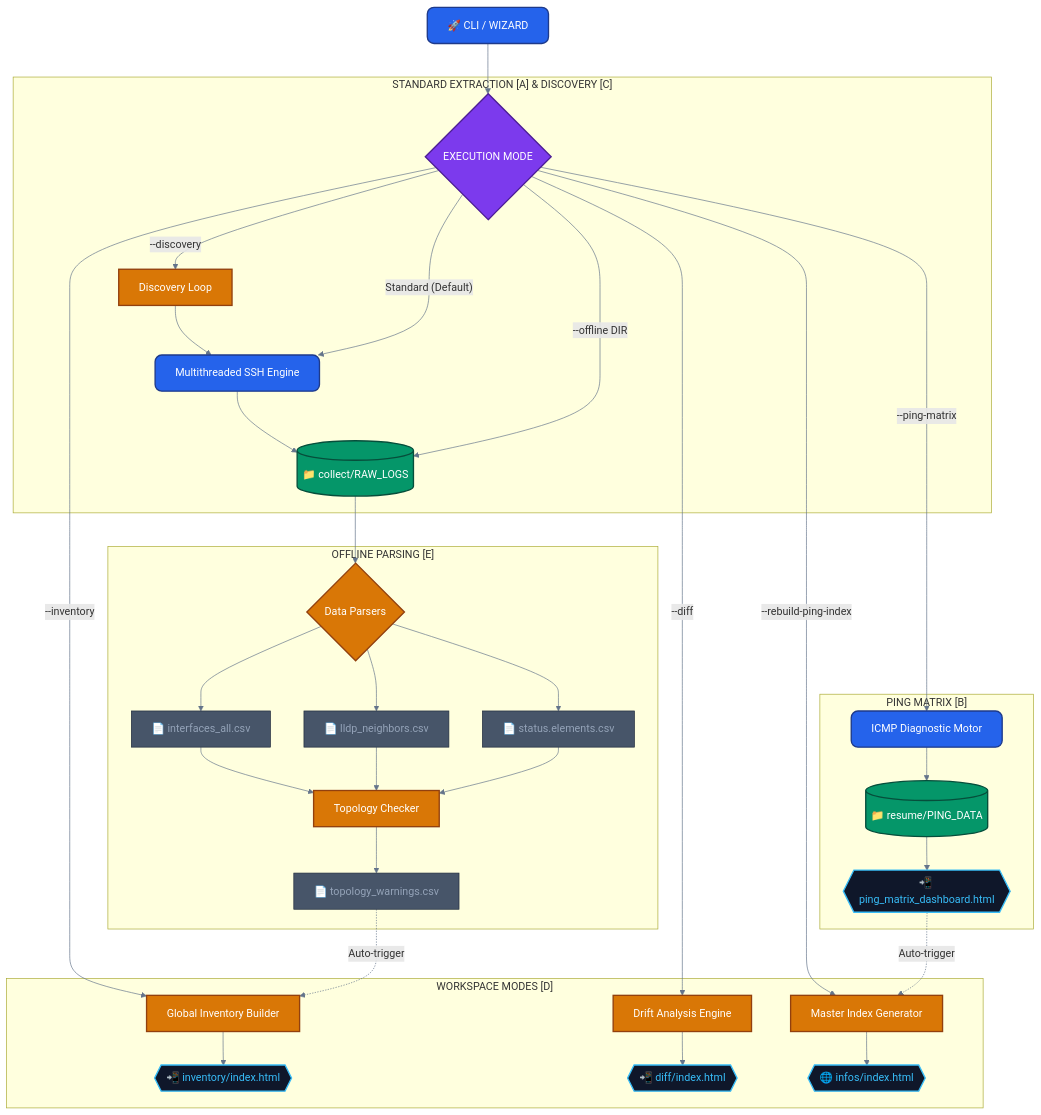
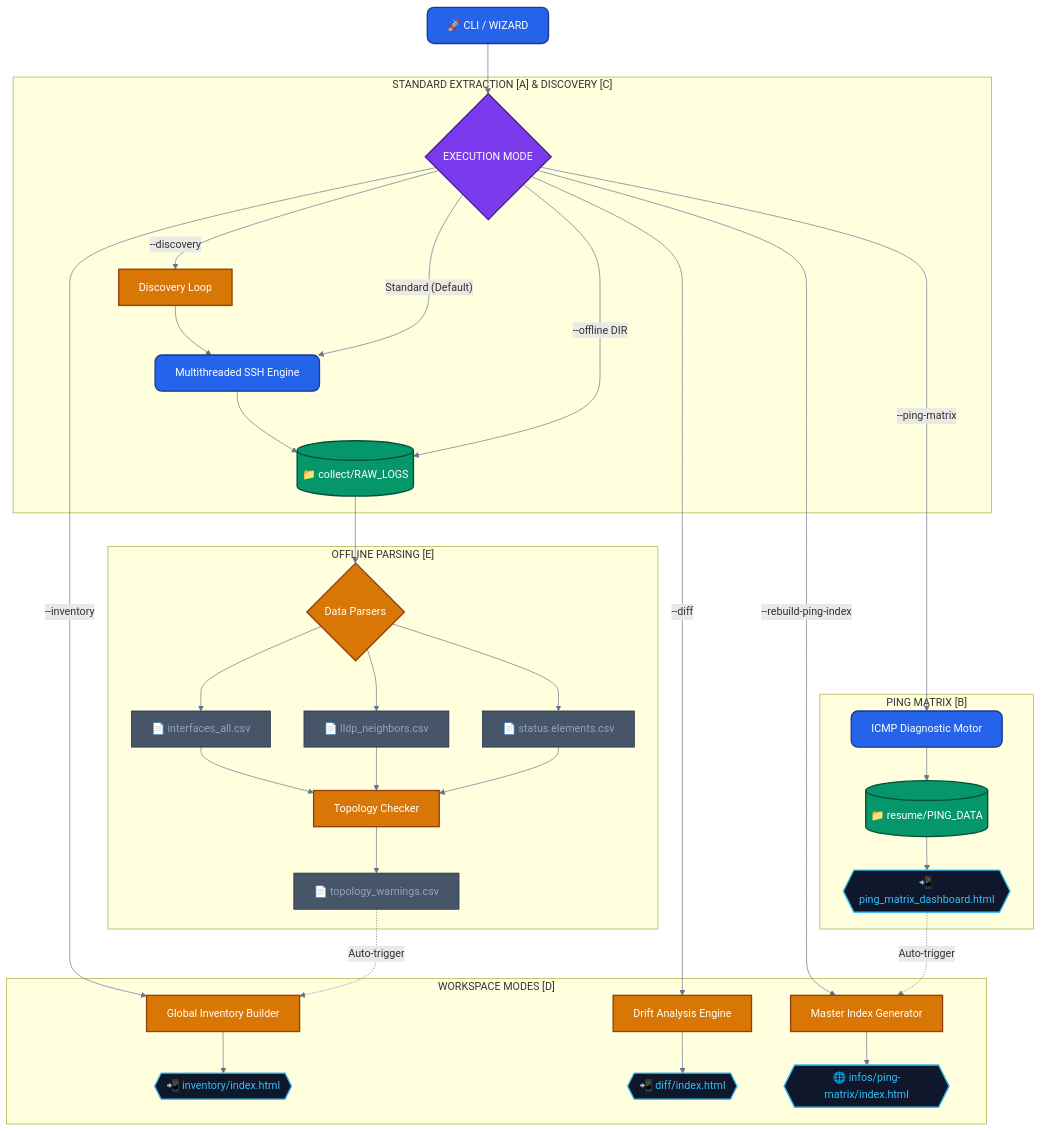
Before and after one commit to flashbsb/network-data-extractor: the diagram in README.md, drawn with Mermaid. The commit also changed other lines of this file and 2 other files, not shown here.

````diff
--- a/README.md
+++ b/README.md
@@ -36,53 +36,53 @@
 ```mermaid
 graph TD
     %% Styling Definitions
     classDef engine fill:#2563eb,stroke:#1e3a8a,stroke-width:2px,color:#fff,rx:10,ry:10;
     classDef branch fill:#7c3aed,stroke:#4c1d95,stroke-width:2px,color:#fff,rx:10,ry:10;
     classDef storage fill:#059669,stroke:#064e3b,stroke-width:2px,color:#fff,rx:5,ry:5;
     classDef module fill:#d97706,stroke:#92400e,stroke-width:2px,color:#fff;
     classDef web fill:#0f172a,stroke:#38bdf8,stroke-width:2px,color:#38bdf8,rx:10,ry:10;
     classDef csv fill:#475569,stroke:#1e293b,stroke-width:1px,color:#94a3b8;
 
     %% Entry Point
     START["🚀 CLI / WIZARD"]:::engine --> MODE{EXECUTION MODE}:::branch
 
     subgraph "STANDARD EXTRACTION [A] & DISCOVERY [C]"
         MODE -->|"--discovery"| DISCO[Discovery Loop]:::module
         DISCO --> SSH
         MODE -->|"Standard (Default)"| SSH[Multithreaded SSH Engine]:::engine
         SSH --> RAW[("📁 collect/RAW_LOGS")]:::storage
     end
 
     subgraph "OFFLINE PARSING [E]"
         MODE -->|"--offline DIR"| RAW
         RAW --> PARSE{Data Parsers}:::module
         PARSE --> CSV_INT["📄 interfaces_all.csv"]:::csv
         PARSE --> CSV_LLDP["📄 lldp_neighbors.csv"]:::csv
         PARSE --> CSV_STAT["📄 status.elements.csv"]:::csv
         
         CSV_INT & CSV_LLDP & CSV_STAT --> TOPO[Topology Checker]:::module
         TOPO --> CSV_WARN["📄 topology_warnings.csv"]:::csv
     end
 
     subgraph "PING MATRIX [B]"
         MODE -->|"--ping-matrix"| ICMP[ICMP Diagnostic Motor]:::engine
         ICMP --> PING_RES[("📁 resume/PING_DATA")]:::storage
         PING_RES --> PING_HTML{{"📲 ping_matrix_dashboard.html"}}:::web
     end
 
     subgraph "WORKSPACE MODES [D]"
         MODE -->|"--inventory"| INV_GEN[Global Inventory Builder]:::module
         CSV_WARN -.->|"Auto-trigger"| INV_GEN
         INV_GEN --> INV_HTML{{"📲 inventory/index.html"}}:::web
 
         MODE -->|"--diff"| DIFF_GEN[Drift Analysis Engine]:::module
         DIFF_GEN --> DIFF_HTML{{"📲 diff/index.html"}}:::web
 
         MODE -->|"--rebuild-ping-index"| PM_GEN[Master Index Generator]:::module
         PING_HTML -.->|"Auto-trigger"| PM_GEN
-        PM_GEN --> PM_HTML{{"🌐 infos/index.html"}}:::web
+        PM_GEN --> PM_HTML{{"🌐 infos/ping-matrix/index.html"}}:::web
     end
 
     %% Link styles
     linkStyle default stroke:#64748b,stroke-width:1px;
 ```
````
